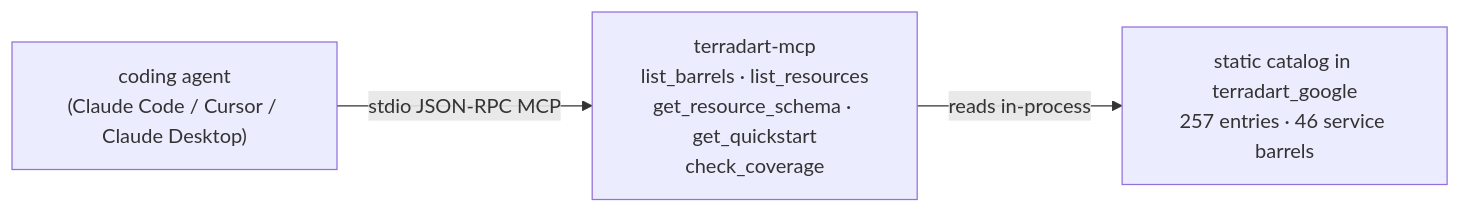
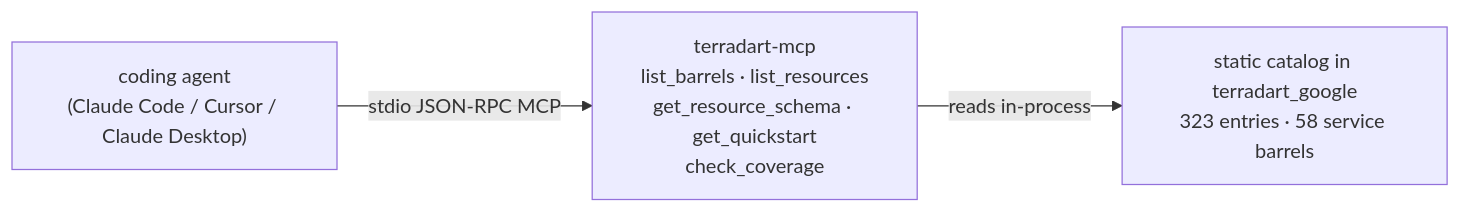
One commit to nozomi-koborinai/terradart changed the diagram in website/src/content/docs/docs/agent/index.md. Above: the diagram before and after it, drawn with Mermaid. The commit also changed other lines of this file and 326 other files, not shown here.

````diff
--- a/website/src/content/docs/docs/agent/index.md
+++ b/website/src/content/docs/docs/agent/index.md
@@ -12,8 +12,8 @@
 ```mermaid
 graph LR
   agent["coding agent<br/>(Claude Code / Cursor / Claude Desktop)"]
   mcp["terradart-mcp<br/>list_barrels · list_resources<br/>get_resource_schema · get_quickstart<br/>check_coverage"]
-  catalog["static catalog in terradart_google<br/>257 entries · 46 service barrels"]
+  catalog["static catalog in terradart_google<br/>323 entries · 58 service barrels"]
   agent -->|stdio JSON-RPC MCP| mcp
   mcp -->|reads in-process| catalog
 ```
````
